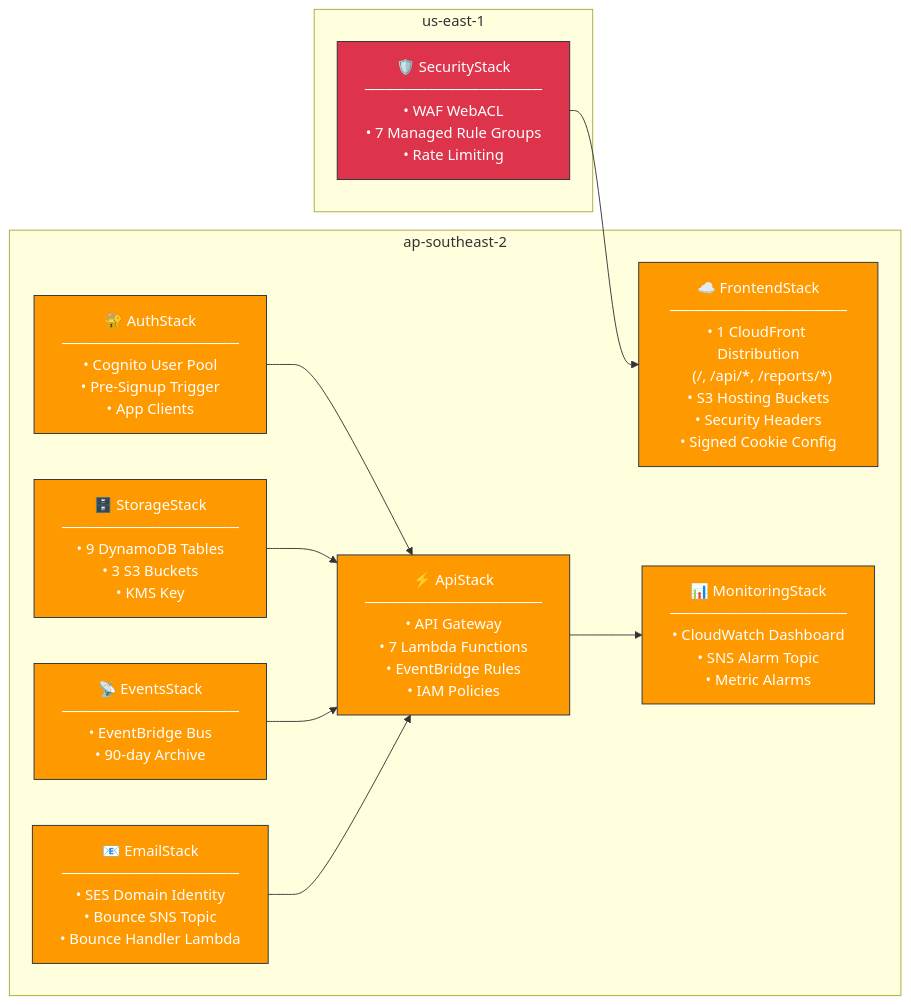
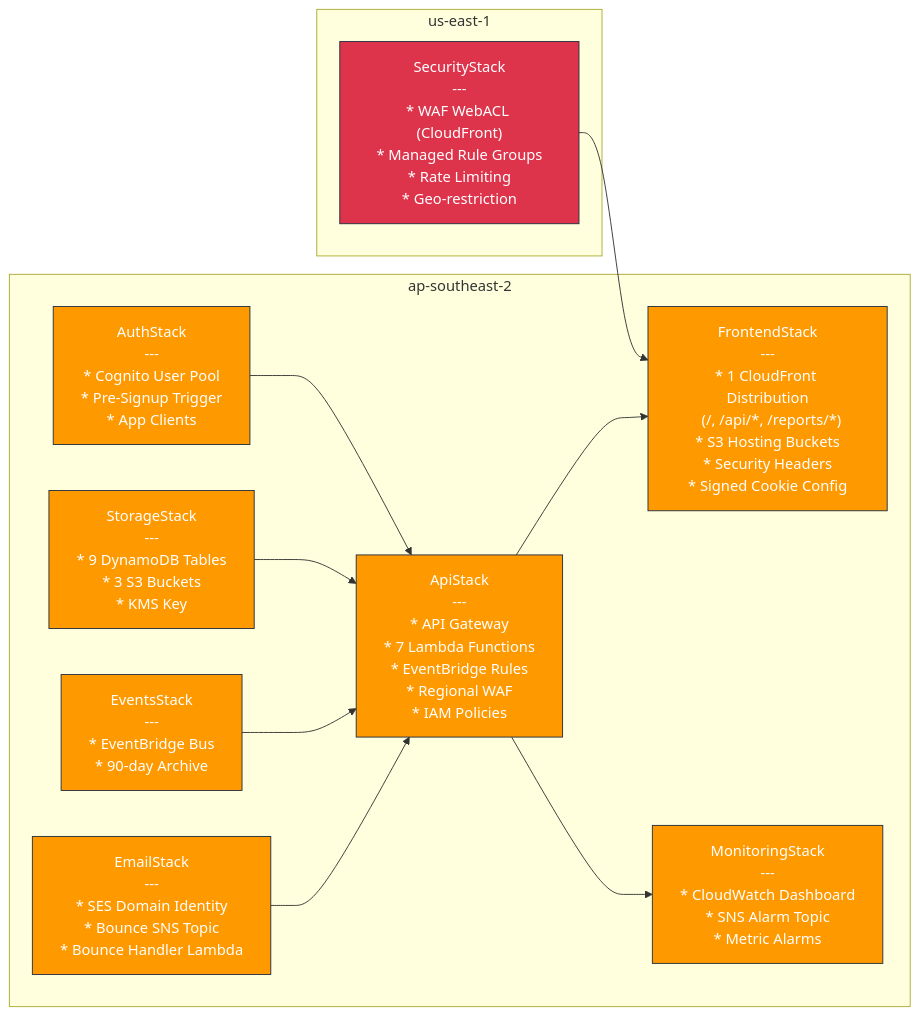
The second of 8 diagrams in README.md (shanakaj/ReportsPortal), drawn with Mermaid before and after one commit. The commit also changed other lines of this file and 1 other file, not shown here.

First line of the commit message:
Fix WAF blocking API POST requests and consolidate README

````diff
--- a/README.md
+++ b/README.md
@@ -154,29 +154,30 @@
 ```mermaid
 flowchart LR
     subgraph Region_Sydney["ap-southeast-2"]
-        AuthStack["🔐 AuthStack\n─────────────────\n• Cognito User Pool\n• Pre-Signup Trigger\n• App Clients"]
-        StorageStack["🗄️ StorageStack\n─────────────────\n• 9 DynamoDB Tables\n• 3 S3 Buckets\n• KMS Key"]
-        EventsStack["📡 EventsStack\n─────────────────\n• EventBridge Bus\n• 90-day Archive"]
-        EmailStack["📧 EmailStack\n─────────────────\n• SES Domain Identity\n• Bounce SNS Topic\n• Bounce Handler Lambda"]
-        ApiStack["⚡ ApiStack\n─────────────────\n• API Gateway\n• 7 Lambda Functions\n• EventBridge Rules\n• IAM Policies"]
-        FrontendStack["☁️ FrontendStack\n─────────────────\n• 1 CloudFront Distribution\n  (/, /api/*, /reports/*)\n• S3 Hosting Buckets\n• Security Headers\n• Signed Cookie Config"]
-        MonitoringStack["📊 MonitoringStack\n─────────────────\n• CloudWatch Dashboard\n• SNS Alarm Topic\n• Metric Alarms"]
+        AuthStack["AuthStack\n---\n* Cognito User Pool\n* Pre-Signup Trigger\n* App Clients"]
+        StorageStack["StorageStack\n---\n* 9 DynamoDB Tables\n* 3 S3 Buckets\n* KMS Key"]
+        EventsStack["EventsStack\n---\n* EventBridge Bus\n* 90-day Archive"]
+        EmailStack["EmailStack\n---\n* SES Domain Identity\n* Bounce SNS Topic\n* Bounce Handler Lambda"]
+        ApiStack["ApiStack\n---\n* API Gateway\n* 7 Lambda Functions\n* EventBridge Rules\n* Regional WAF\n* IAM Policies"]
+        FrontendStack["FrontendStack\n---\n* 1 CloudFront Distribution\n  (/, /api/*, /reports/*)\n* S3 Hosting Buckets\n* Security Headers\n* Signed Cookie Config"]
+        MonitoringStack["MonitoringStack\n---\n* CloudWatch Dashboard\n* SNS Alarm Topic\n* Metric Alarms"]
     end
 
     subgraph Region_Virginia["us-east-1"]
-        SecurityStack["🛡️ SecurityStack\n─────────────────\n• WAF WebACL\n• 7 Managed Rule Groups\n• Rate Limiting"]
+        SecurityStack["SecurityStack\n---\n* WAF WebACL (CloudFront)\n* Managed Rule Groups\n* Rate Limiting\n* Geo-restriction"]
     end
 
     AuthStack --> ApiStack
     StorageStack --> ApiStack
     EventsStack --> ApiStack
     EmailStack --> ApiStack
     SecurityStack --> FrontendStack
+    ApiStack --> FrontendStack
     ApiStack --> MonitoringStack
 
     classDef sydney fill:#ff9900,stroke:#232f3e,color:#fff
     classDef virginia fill:#dd344c,stroke:#232f3e,color:#fff
 
     class AuthStack,StorageStack,EventsStack,EmailStack,ApiStack,FrontendStack,MonitoringStack sydney
     class SecurityStack virginia
 ```
````
